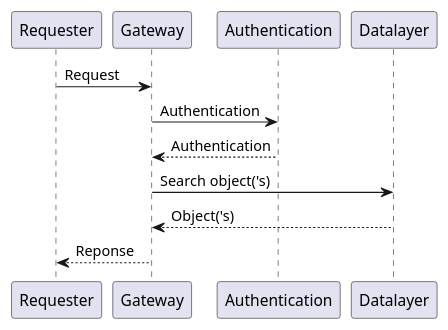
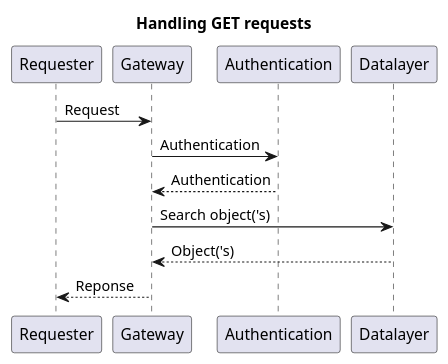
The diagram in docs/features/request_get.puml (CommonGateway/CoreBundle), drawn with PlantUML before and after one commit. The commit also changed 4 other files, not shown here.

```diff
--- a/docs/features/request_get.puml
+++ b/docs/features/request_get.puml
@@ -1,8 +1,9 @@
 @startuml
+title: Handling GET requests
 Requester -> Gateway: Request
 Gateway -> Authentication  : Authentication
 Authentication --> Gateway  : Authentication
 Gateway -> Datalayer : Search object('s)
 Datalayer --> Gateway: Object('s)
 Gateway --> Requester: Reponse
 @enduml
```
